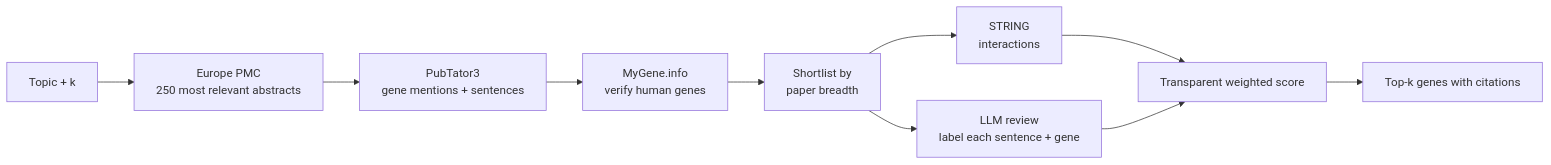
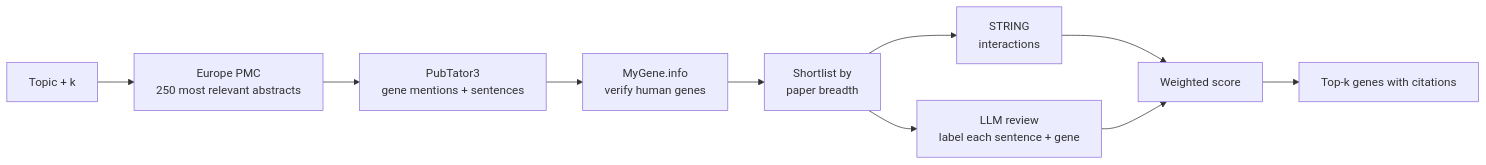
Before and after one commit to Ramya2003-cyber/gene-prioritization: the diagram in README.md, drawn with Mermaid. The commit also changed other lines of this file, not shown here.

````diff
--- a/README.md
+++ b/README.md
@@ -17,12 +36,12 @@
 ```mermaid
 flowchart LR
     A[Topic + k] --> B[Europe PMC<br/>250 most relevant abstracts]
     B --> C[PubTator3<br/>gene mentions + sentences]
     C --> D[MyGene.info<br/>verify human genes]
     D --> E[Shortlist by<br/>paper breadth]
     E --> F[STRING<br/>interactions]
     E --> G[LLM review<br/>label each sentence + gene]
-    F --> H[Transparent weighted score]
+    F --> H[Weighted score]
     G --> H
     H --> I[Top-k genes with citations]
 ```
````
